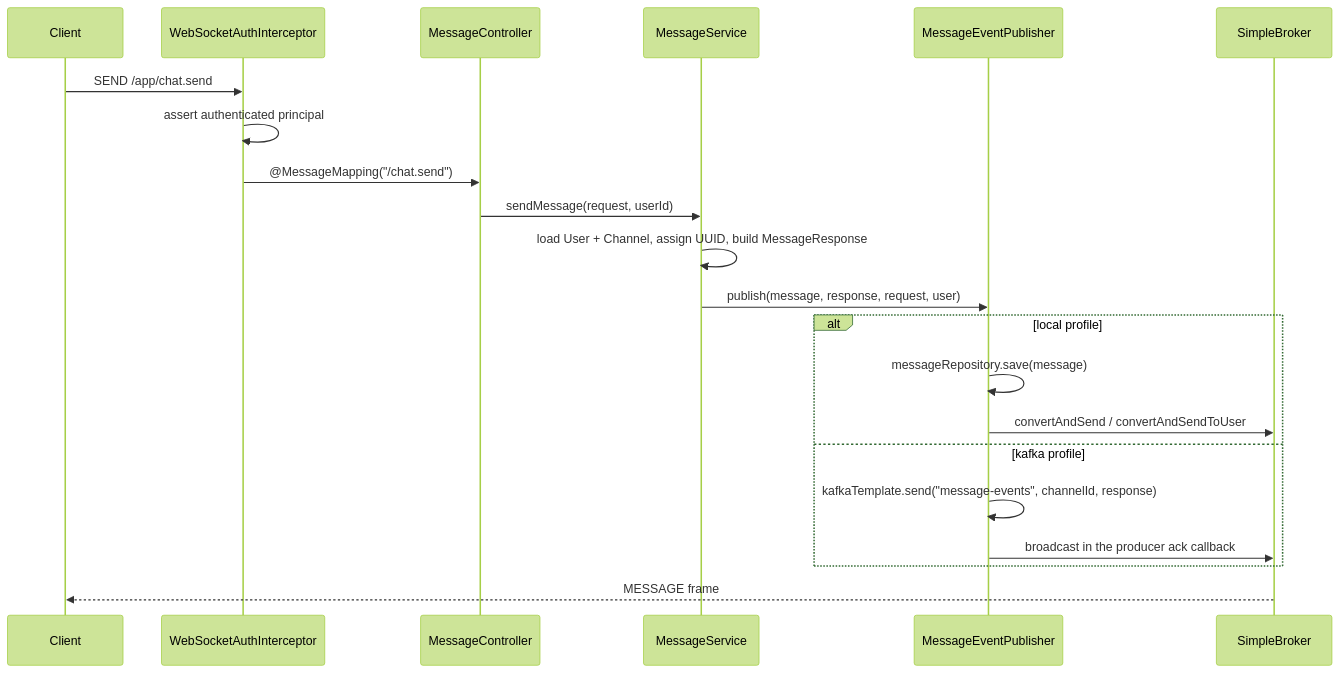
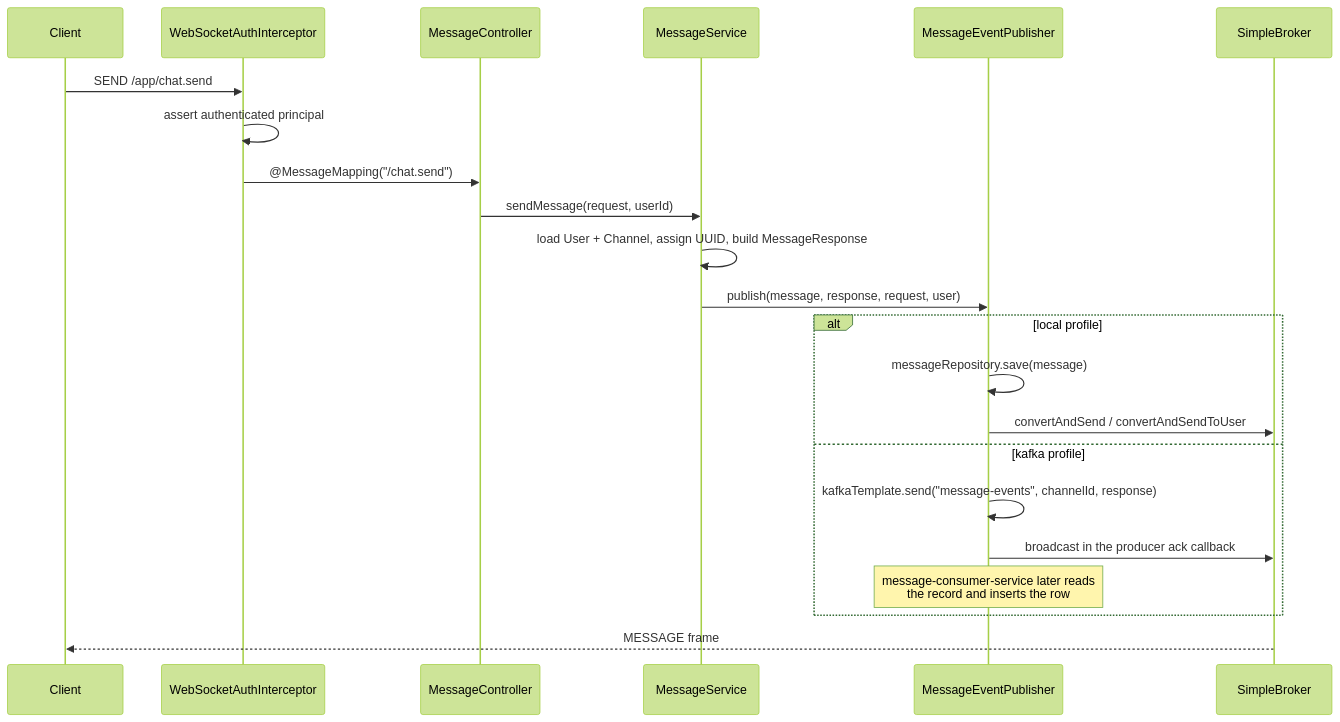
The fourth of 5 diagrams in docs/ARCHITECTURE.md (anilkr09/DiscordClone), drawn with Mermaid (forest theme) before and after one commit. The commit also changed other lines of this file and 6 other files, not shown here.

First line of the commit message:
docs: document message-consumer-service and its defects

````diff
--- a/docs/ARCHITECTURE.md
+++ b/docs/ARCHITECTURE.md
@@ -293,24 +305,25 @@
 ```mermaid
 sequenceDiagram
     participant C as Client
     participant I as WebSocketAuthInterceptor
     participant MC as MessageController
     participant MS as MessageService
     participant P as MessageEventPublisher
     participant B as SimpleBroker
 
     C->>I: SEND /app/chat.send
     I->>I: assert authenticated principal
     I->>MC: @MessageMapping("/chat.send")
     MC->>MS: sendMessage(request, userId)
     MS->>MS: load User + Channel, assign UUID, build MessageResponse
     MS->>P: publish(message, response, request, user)
     alt local profile
         P->>P: messageRepository.save(message)
         P->>B: convertAndSend / convertAndSendToUser
     else kafka profile
         P->>P: kafkaTemplate.send("message-events", channelId, response)
         P->>B: broadcast in the producer ack callback
+        Note over P: message-consumer-service later reads<br/>the record and inserts the row
     end
     B-->>C: MESSAGE frame
 ```
````
